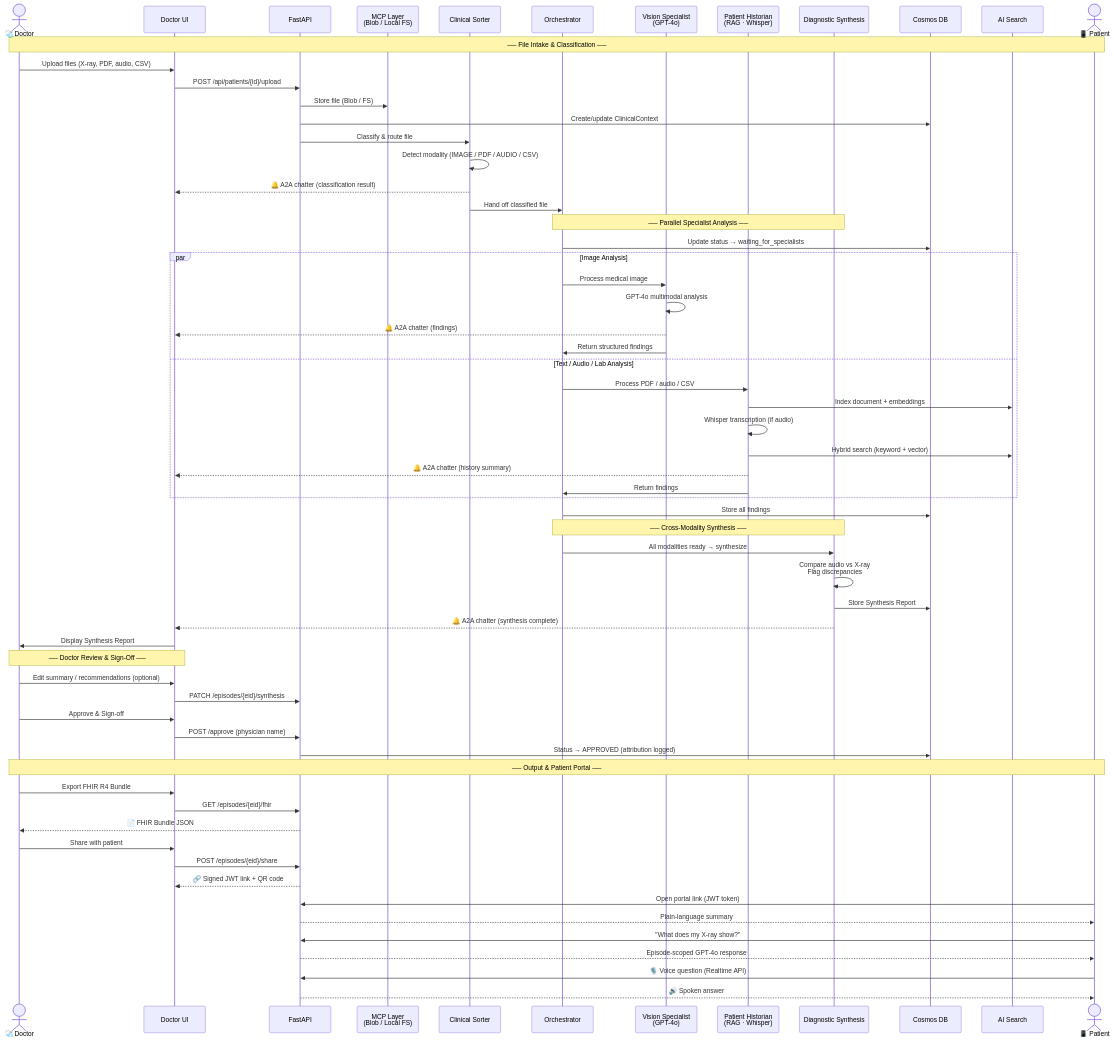
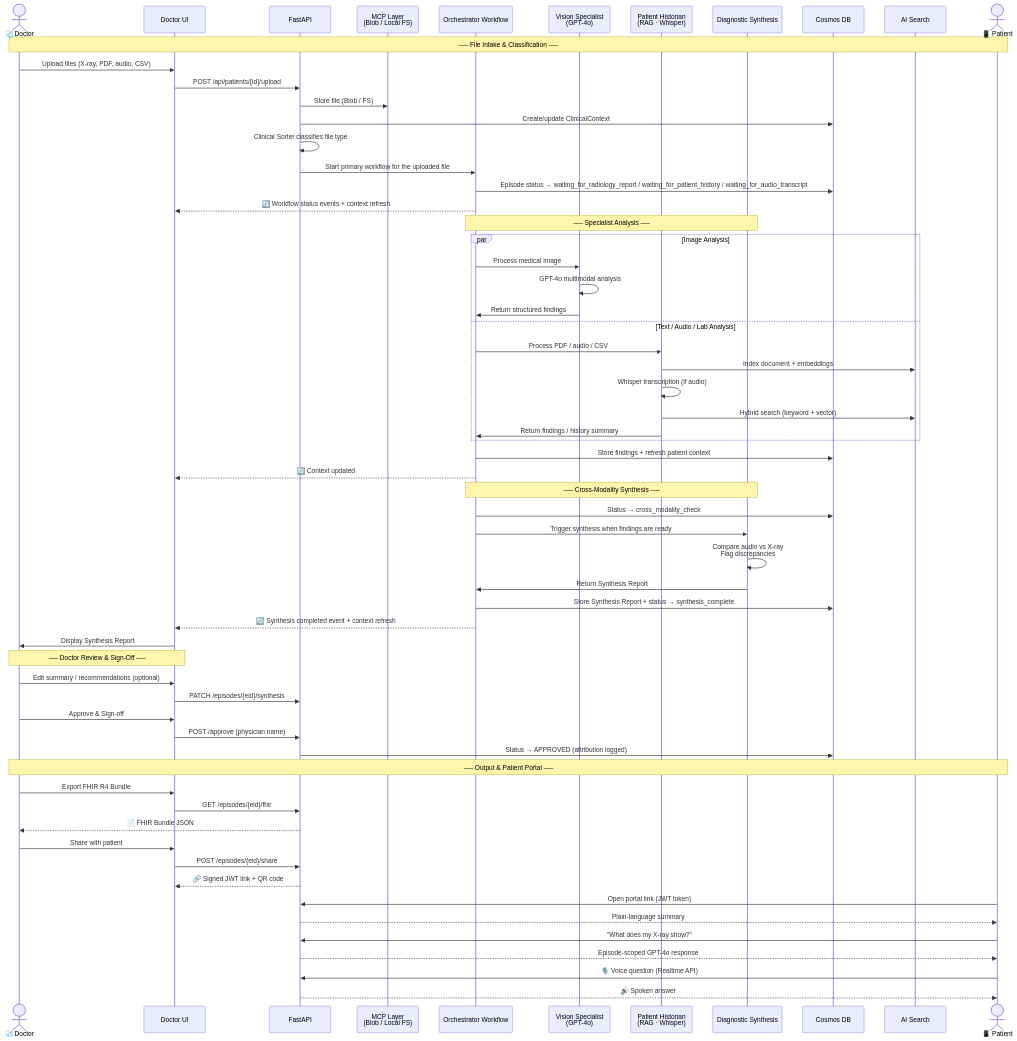
Before and after one commit to passadis/mednexus-hackathon: the diagram in README.md, drawn with Mermaid. The commit also changed other lines of this file and 5 other files, not shown here.

````diff
--- a/README.md
+++ b/README.md
@@ -97,79 +97,77 @@
 ```mermaid
 sequenceDiagram
     actor Doc as 🩺 Doctor
     participant UI as Doctor UI
     participant API as FastAPI
     participant MCP as MCP Layer<br/>(Blob / Local FS)
-    participant CS as Clinical Sorter
-    participant ORC as Orchestrator
+    participant WF as Orchestrator Workflow
     participant VS as Vision Specialist<br/>(GPT-4o)
     participant PH as Patient Historian<br/>(RAG · Whisper)
     participant DS as Diagnostic Synthesis
     participant DB as Cosmos DB
     participant SRH as AI Search
     actor Pat as 📱 Patient
 
     Note over Doc,Pat: ── File Intake & Classification ──
 
     Doc->>UI: Upload files (X-ray, PDF, audio, CSV)
     UI->>API: POST /api/patients/{id}/upload
     API->>MCP: Store file (Blob / FS)
     API->>DB: Create/update ClinicalContext
-    API->>CS: Classify & route file
-    CS->>CS: Detect modality (IMAGE / PDF / AUDIO / CSV)
-    CS-->>UI: 🔔 A2A chatter (classification result)
-    CS->>ORC: Hand off classified file
+    API->>API: Clinical Sorter classifies file type
+    API->>WF: Start primary workflow for the uploaded file
+    WF->>DB: Episode status → waiting_for_radiology_report / waiting_for_patient_history / waiting_for_audio_transcript
+    WF-->>UI: 🔄 Workflow status events + context refresh
 
-    Note over ORC,DS: ── Parallel Specialist Analysis ──
+    Note over WF,DS: ── Specialist Analysis ──
 
-    ORC->>DB: Update status → waiting_for_specialists
-    
     par Image Analysis
-        ORC->>VS: Process medical image
+        WF->>VS: Process medical image
         VS->>VS: GPT-4o multimodal analysis
-        VS-->>UI: 🔔 A2A chatter (findings)
-        VS->>ORC: Return structured findings
+        VS->>WF: Return structured findings
     and Text / Audio / Lab Analysis
-        ORC->>PH: Process PDF / audio / CSV
+        WF->>PH: Process PDF / audio / CSV
         PH->>SRH: Index document + embeddings
         PH->>PH: Whisper transcription (if audio)
         PH->>SRH: Hybrid search (keyword + vector)
-        PH-->>UI: 🔔 A2A chatter (history summary)
-        PH->>ORC: Return findings
+        PH->>WF: Return findings / history summary
     end
 
-    ORC->>DB: Store all findings
+    WF->>DB: Store findings + refresh patient context
+    WF-->>UI: 🔄 Context updated
 
-    Note over ORC,DS: ── Cross-Modality Synthesis ──
+    Note over WF,DS: ── Cross-Modality Synthesis ──
 
-    ORC->>DS: All modalities ready → synthesize
+    WF->>DB: Status → cross_modality_check
+    WF->>DS: Trigger synthesis when findings are ready
     DS->>DS: Compare audio vs X-ray<br/>Flag discrepancies
-    DS->>DB: Store Synthesis Report
-    DS-->>UI: 🔔 A2A chatter (synthesis complete)
+    DS->>WF: Return Synthesis Report
+    WF->>DB: Store Synthesis Report + status → synthesis_complete
+    WF-->>UI: 🔄 Synthesis completed event + context refresh
     UI->>Doc: Display Synthesis Report
 
     Note over Doc,UI: ── Doctor Review & Sign-Off ──
 
     Doc->>UI: Edit summary / recommendations (optional)
     UI->>API: PATCH /episodes/{eid}/synthesis
     Doc->>UI: Approve & Sign-off
     UI->>API: POST /approve (physician name)
     API->>DB: Status → APPROVED (attribution logged)
 
     Note over Doc,Pat: ── Output & Patient Portal ──
 
     Doc->>UI: Export FHIR R4 Bundle
     UI->>API: GET /episodes/{eid}/fhir
     API-->>Doc: 📄 FHIR Bundle JSON
 
     Doc->>UI: Share with patient
     UI->>API: POST /episodes/{eid}/share
     API-->>UI: 🔗 Signed JWT link + QR code
 
     Pat->>API: Open portal link (JWT token)
     API-->>Pat: Plain-language summary
     Pat->>API: "What does my X-ray show?"
     API-->>Pat: Episode-scoped GPT-4o response
     Pat->>API: 🎙️ Voice question (Realtime API)
     API-->>Pat: 🔊 Spoken answer
 ```
````
